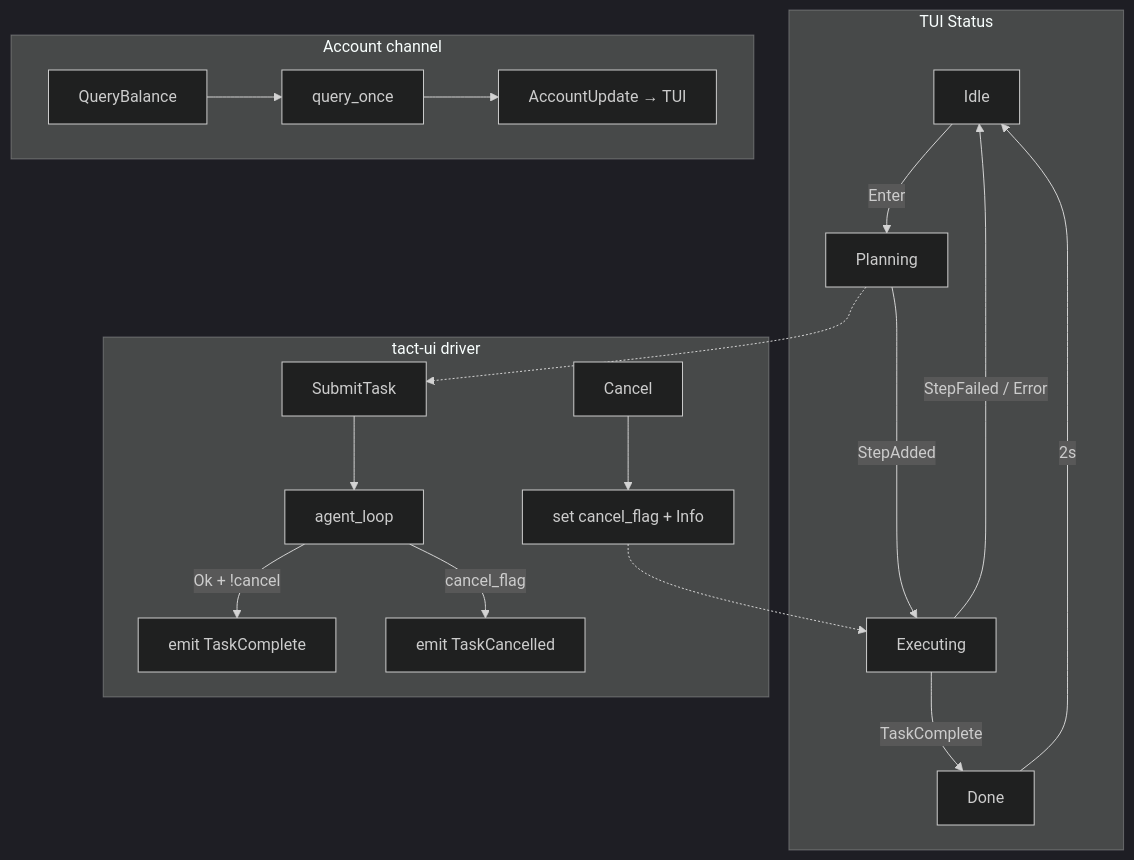
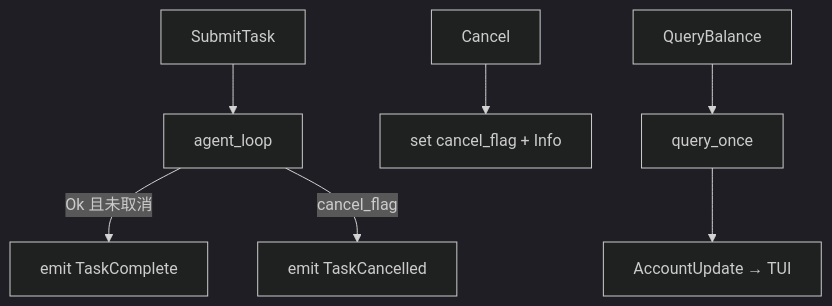
The eighth of 9 diagrams in book/25_chapter_protocol_zh.md (rust-infra/tact), drawn with Mermaid (dark theme) before and after one commit. The commit also changed other lines of this file and 303 other files, not shown here.

````diff
--- a/book/25_chapter_protocol_zh.md
+++ b/book/25_chapter_protocol_zh.md
@@ -353,25 +311,9 @@
 ```mermaid
-flowchart TB
-    subgraph tui["TUI Status"]
-        I[Idle] -->|Enter| P[Planning]
-        P -->|StepAdded| E[Executing]
-        E -->|TaskComplete| D[Done]
-        D -->|2s| I
-        E -->|StepFailed / Error| I
-    end
-
-    subgraph driver["tact-ui driver"]
-        ST[SubmitTask] --> AL[agent_loop]
-        AL -->|Ok + !cancel| TC[emit TaskComplete]
-        AL -->|cancel_flag| XC[emit TaskCancelled]
-        CN[Cancel] --> CF[set cancel_flag + Info]
-    end
-
-    subgraph account["Account channel"]
-        QB[QueryBalance] --> QO[query_once]
-        QO --> AU[AccountUpdate → TUI]
-    end
-
-    P -.-> ST
-    CF -.-> E
+graph TD
+    a_st[SubmitTask] --> b_al[agent_loop]
+    b_al -->|Ok 且未取消| c_tc[emit TaskComplete]
+    b_al -->|cancel_flag| d_xc[emit TaskCancelled]
+    e_cn[Cancel] --> f_cf[set cancel_flag + Info]
+    g_qb[QueryBalance] --> h_qo[query_once]
+    h_qo --> i_au[AccountUpdate → TUI]
 ```
````
